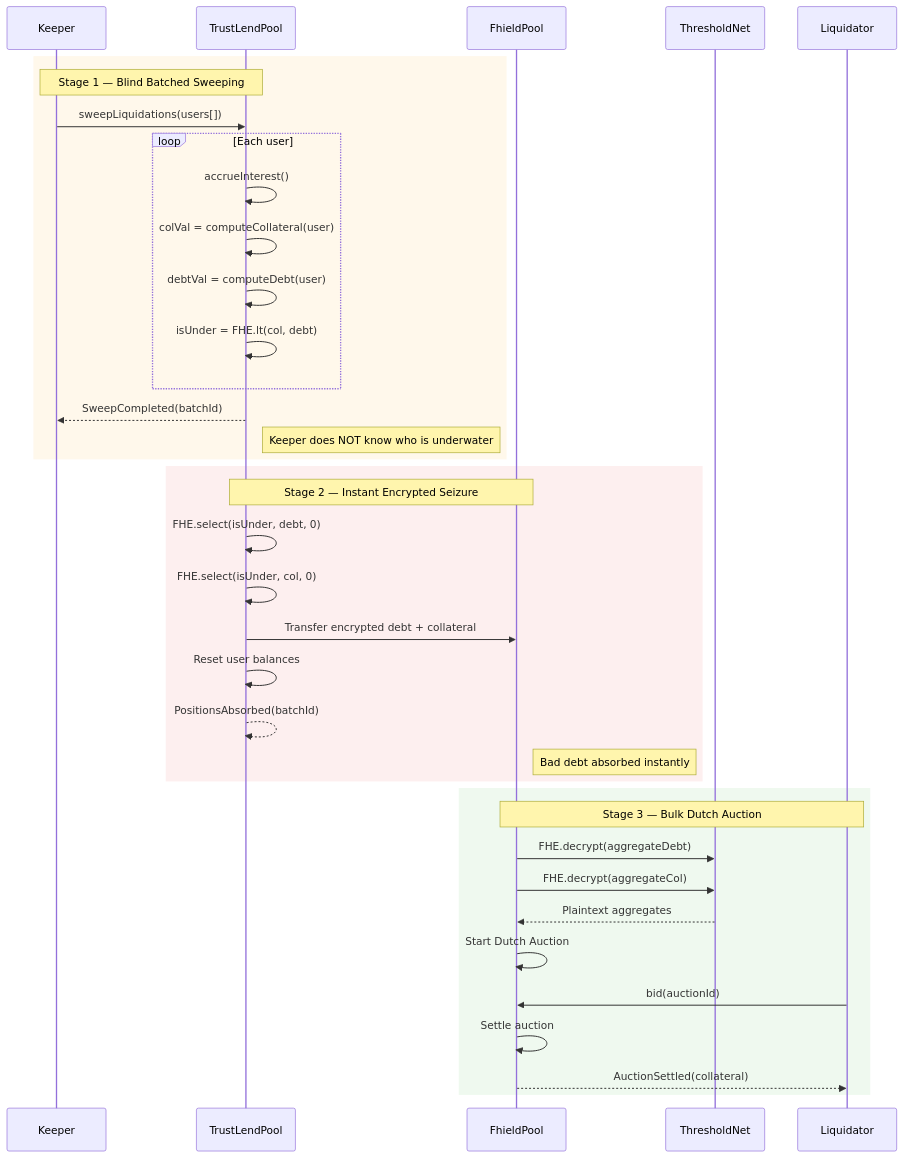
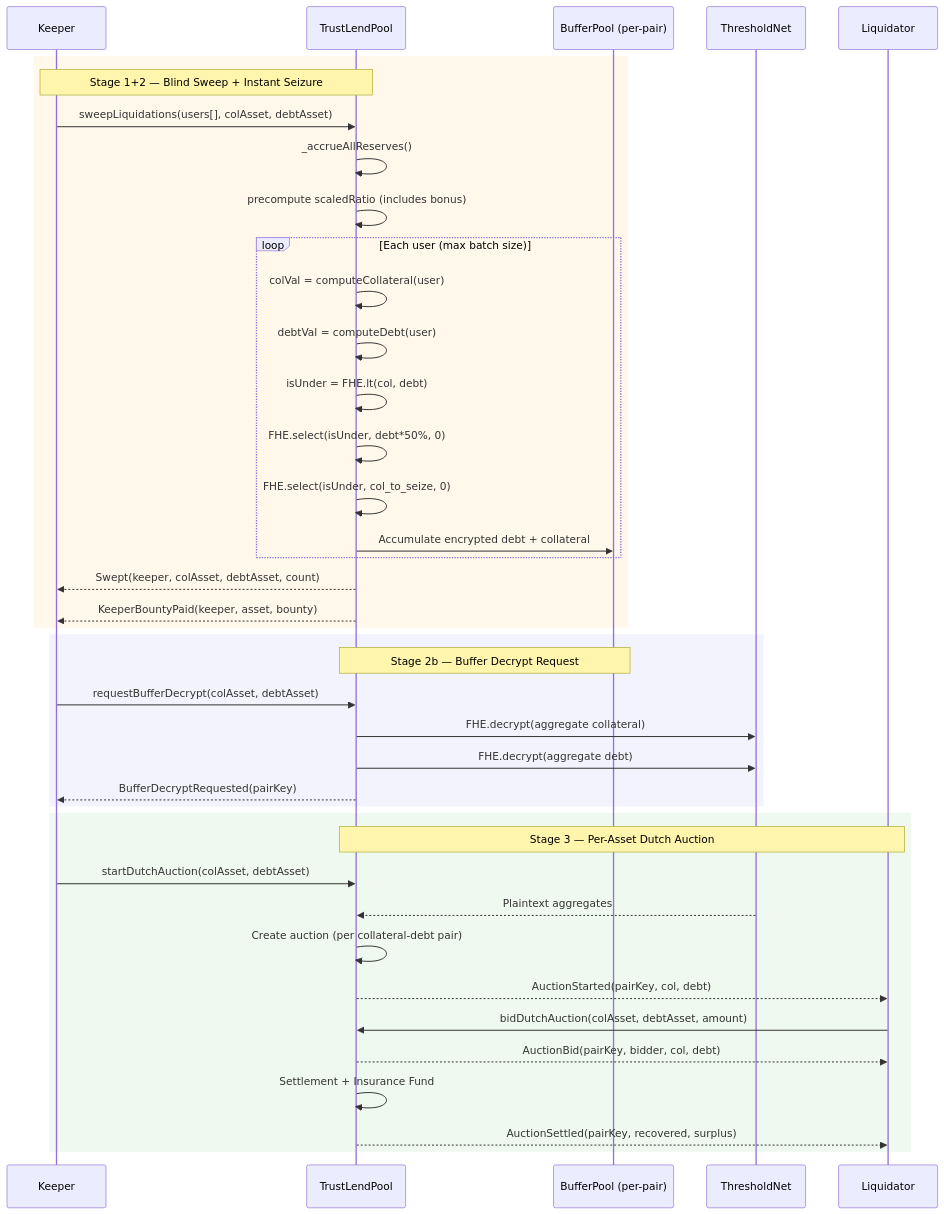
The first of 3 diagrams in fhield-docs/docs/devdocs/User Flows/Liquidation.md (PhuocNG0308/fhield), drawn with Mermaid before and after one commit. The commit also changed other lines of this file and 6 other files, not shown here.

````diff
--- a/fhield-docs/docs/devdocs/User Flows/Liquidation.md
+++ b/fhield-docs/docs/devdocs/User Flows/Liquidation.md
@@ -46,42 +46,45 @@
 ```mermaid
 sequenceDiagram
     participant Keeper as Keeper
     participant Pool as TrustLendPool
-    participant fhield as FhieldPool
+    participant Buffer as BufferPool (per-pair)
     participant TN as ThresholdNet
     participant Liq as Liquidator
 
     rect rgba(255, 165, 0, 0.08)
-    note over Keeper,Pool: Stage 1 — Blind Batched Sweeping
-    Keeper->>Pool: sweepLiquidations(users[])
-    loop Each user
-        Pool->>Pool: accrueInterest()
+    note over Keeper,Pool: Stage 1+2 — Blind Sweep + Instant Seizure
+    Keeper->>Pool: sweepLiquidations(users[], colAsset, debtAsset)
+    Pool->>Pool: _accrueAllReserves()
+    Pool->>Pool: precompute scaledRatio (includes bonus)
+    loop Each user (max batch size)
         Pool->>Pool: colVal = computeCollateral(user)
         Pool->>Pool: debtVal = computeDebt(user)
         Pool->>Pool: isUnder = FHE.lt(col, debt)
+        Pool->>Pool: FHE.select(isUnder, debt*50%, 0)
+        Pool->>Pool: FHE.select(isUnder, col_to_seize, 0)
+        Pool->>Buffer: Accumulate encrypted debt + collateral
     end
-    Pool-->>Keeper: SweepCompleted(batchId)
-    note right of Pool: Keeper does NOT know who is underwater
+    Pool-->>Keeper: Swept(keeper, colAsset, debtAsset, count)
+    Pool-->>Keeper: KeeperBountyPaid(keeper, asset, bounty)
     end
 
-    rect rgba(220, 50, 50, 0.08)
-    note over Pool,fhield: Stage 2 — Instant Encrypted Seizure
-    Pool->>Pool: FHE.select(isUnder, debt, 0)
-    Pool->>Pool: FHE.select(isUnder, col, 0)
-    Pool->>fhield: Transfer encrypted debt + collateral
-    Pool->>Pool: Reset user balances
-    Pool-->>Pool: PositionsAbsorbed(batchId)
-    note right of fhield: Bad debt absorbed instantly
+    rect rgba(100, 100, 220, 0.08)
+    note over Pool,Buffer: Stage 2b — Buffer Decrypt Request
+    Keeper->>Pool: requestBufferDecrypt(colAsset, debtAsset)
+    Pool->>TN: FHE.decrypt(aggregate collateral)
+    Pool->>TN: FHE.decrypt(aggregate debt)
+    Pool-->>Keeper: BufferDecryptRequested(pairKey)
     end
 
     rect rgba(50, 180, 50, 0.08)
-    note over fhield,Liq: Stage 3 — Bulk Dutch Auction
-    fhield->>TN: FHE.decrypt(aggregateDebt)
-    fhield->>TN: FHE.decrypt(aggregateCol)
-    TN-->>fhield: Plaintext aggregates
-    fhield->>fhield: Start Dutch Auction
-    Liq->>fhield: bid(auctionId)
-    fhield->>fhield: Settle auction
-    fhield-->>Liq: AuctionSettled(collateral)
+    note over Pool,Liq: Stage 3 — Per-Asset Dutch Auction
+    Keeper->>Pool: startDutchAuction(colAsset, debtAsset)
+    TN-->>Pool: Plaintext aggregates
+    Pool->>Pool: Create auction (per collateral-debt pair)
+    Pool-->>Liq: AuctionStarted(pairKey, col, debt)
+    Liq->>Pool: bidDutchAuction(colAsset, debtAsset, amount)
+    Pool-->>Liq: AuctionBid(pairKey, bidder, col, debt)
+    Pool->>Pool: Settlement + Insurance Fund
+    Pool-->>Liq: AuctionSettled(pairKey, recovered, surplus)
     end
 ```
````
